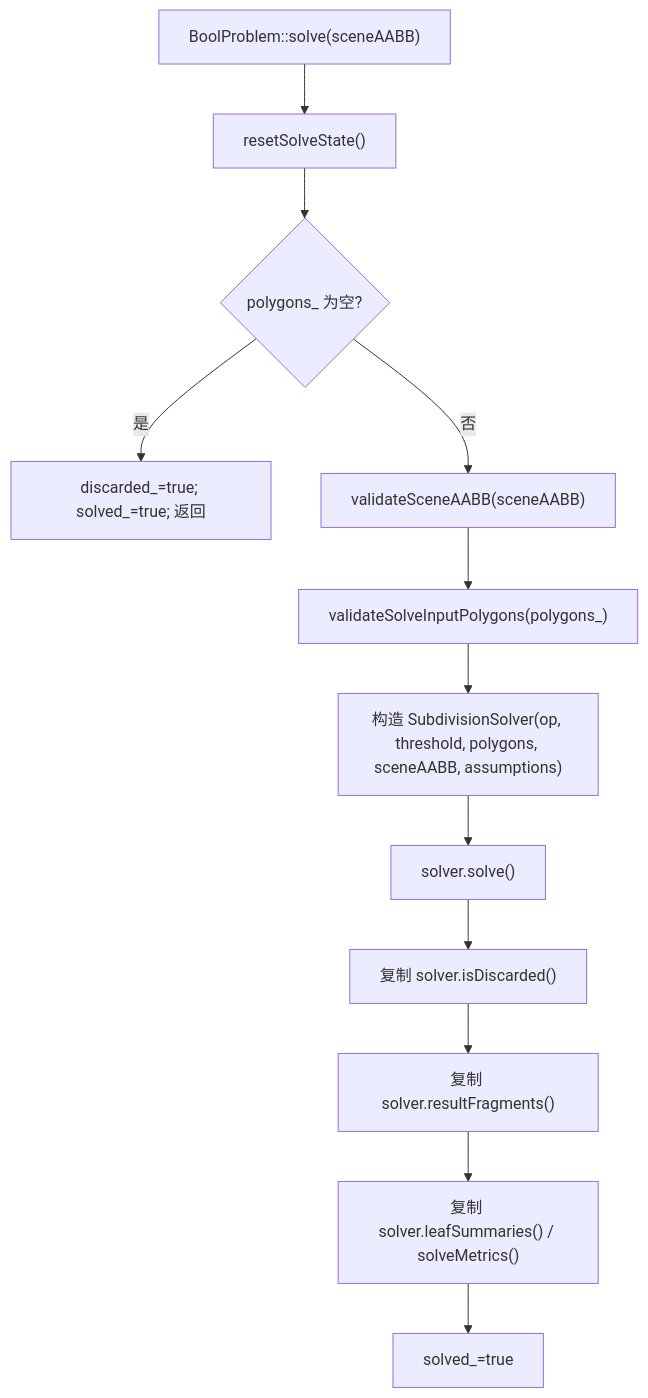
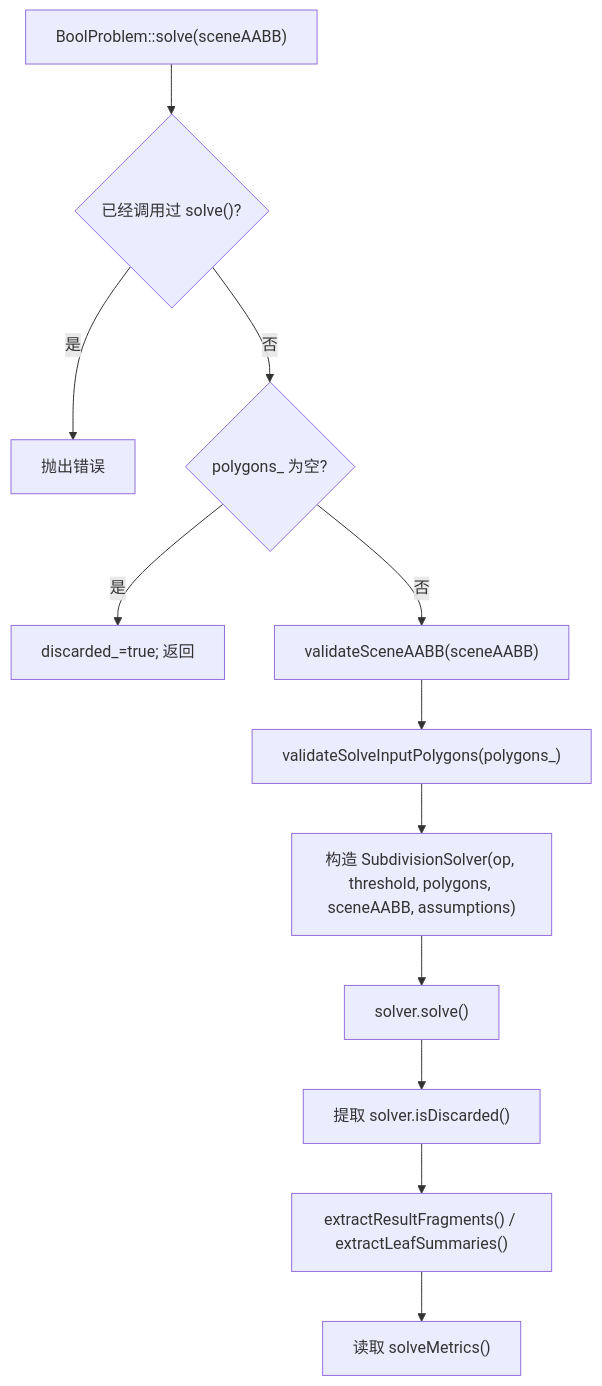
The second of 11 diagrams in docs/core-logic-flow.md (SDU-YueQiu/re-EMBER), drawn with Mermaid before and after one commit. The commit also changed other lines of this file and 8 other files, not shown here.

````diff
--- a/docs/core-logic-flow.md
+++ b/docs/core-logic-flow.md
@@ -77,14 +77,14 @@
 ```mermaid
 flowchart TD
-    A["BoolProblem::solve(sceneAABB)"] --> B["resetSolveState()"]
-    B --> C{"polygons_ 为空?"}
-    C -->|是| D["discarded_=true; solved_=true; 返回"]
+    A["BoolProblem::solve(sceneAABB)"] --> A0{"已经调用过 solve()?"}
+    A0 -->|是| A1["抛出错误"]
+    A0 -->|否| C{"polygons_ 为空?"}
+    C -->|是| D["discarded_=true; 返回"]
     C -->|否| E["validateSceneAABB(sceneAABB)"]
     E --> F["validateSolveInputPolygons(polygons_)"]
     F --> G["构造 SubdivisionSolver(op, threshold, polygons, sceneAABB, assumptions)"]
     G --> H["solver.solve()"]
-    H --> I["复制 solver.isDiscarded()"]
-    I --> J["复制 solver.resultFragments()"]
-    J --> K["复制 solver.leafSummaries() / solveMetrics()"]
-    K --> L["solved_=true"]
+    H --> I["提取 solver.isDiscarded()"]
+    I --> J["extractResultFragments() / extractLeafSummaries()"]
+    J --> K["读取 solveMetrics()"]
 ```
````
